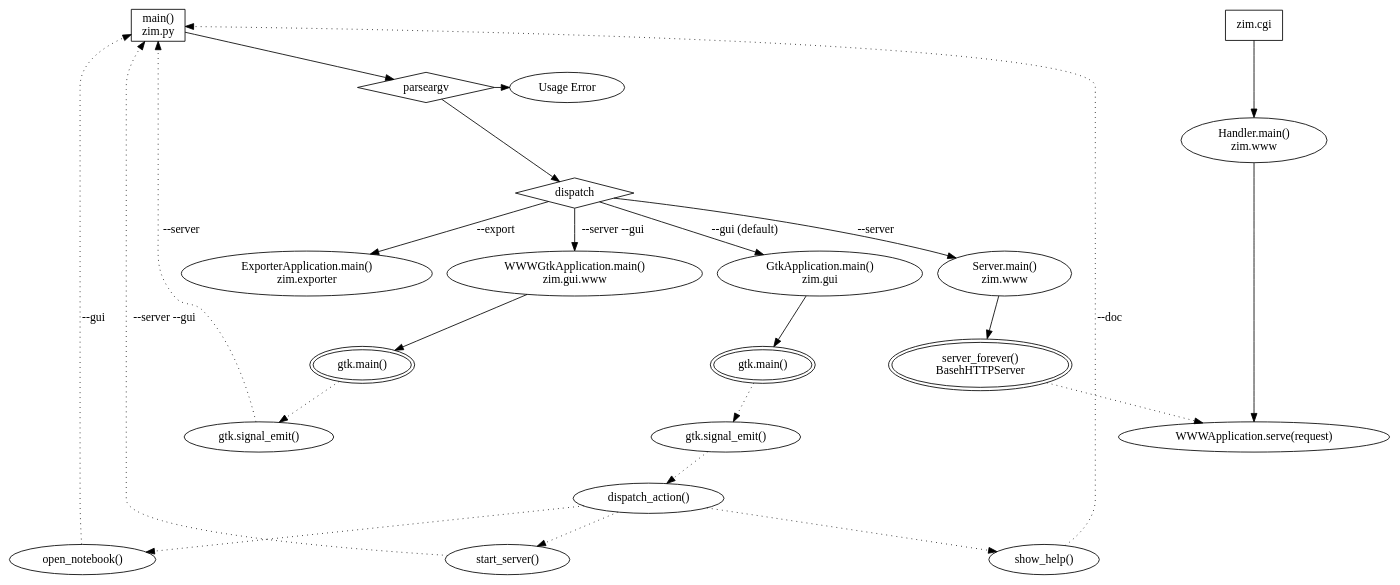
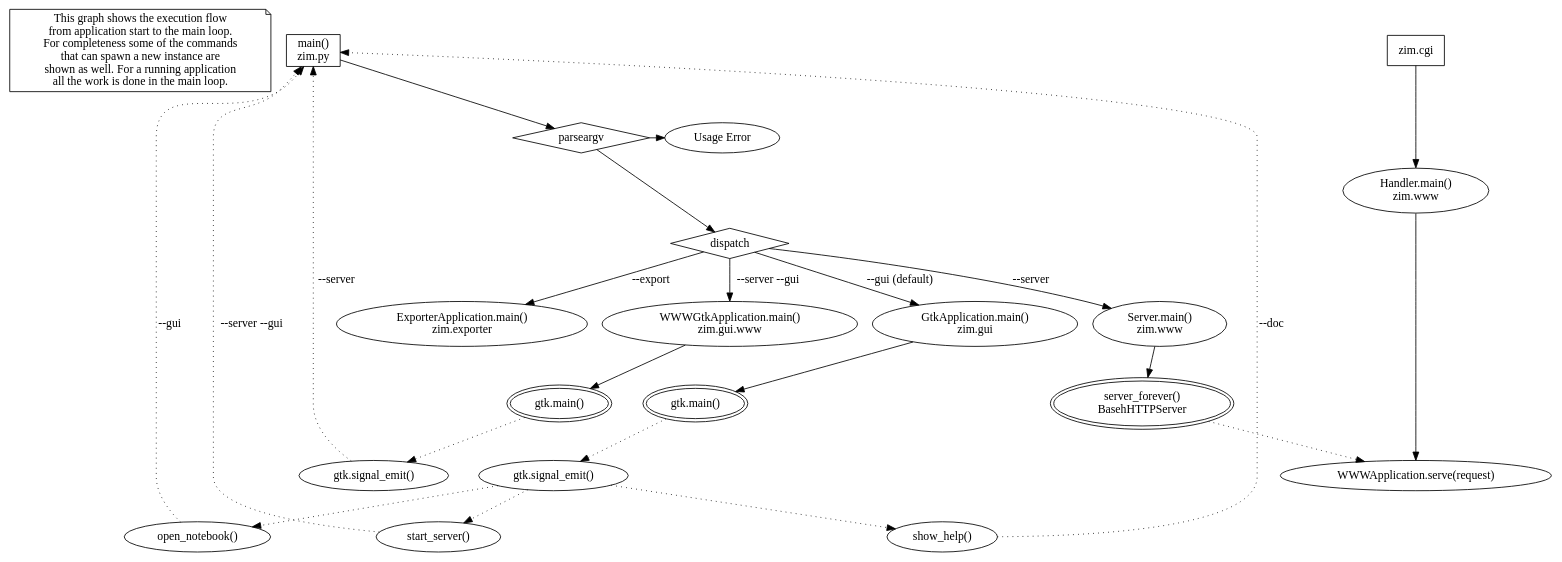
One commit to zim-desktop-wiki/zim-desktop-wiki changed the diagram in dev/application_flow.dot. Above: the diagram before and after it, drawn with Graphviz. The commit also changed 12 other files, not shown here.

```diff
--- a/dev/application_flow.dot
+++ b/dev/application_flow.dot
@@ -1,55 +1,57 @@
 digraph g {
+	/* comment */
+	comment [ label="This graph shows the execution flow\nfrom application start to the main loop.\nFor completeness some of the commands\nthat can spawn a new instance are\nshown as well. For a running application\nall the work is done in the main loop." shape=note]
+
 	/* starting points */
 	main [ label="main()\nzim.py" shape = box]
 	cgibin [label = "zim.cgi" shape = box]
 	{ rank=same; main; cgibin }
 
 	parseargv [ lable = "parse argv" shape = diamond ]
 	dispatch [ shape = diamond ]
 	usageerror [label = "Usage Error" ]
 
 	/* main loops */
 	gtkmain [label = "gtk.main()" peripheries = 2]
 	gtkmain1 [label = "gtk.main()" peripheries = 2]
 	wwwloop [ label = "server_forever()\nBasehHTTPServer" peripheries = 2]
 	{ rank=same; gtkmain; gtkmain1; wwwloop }
 
 	/* other steps */
 	guimain [label = "GtkApplication.main()\nzim.gui"]
 	gtksignal [label ="gtk.signal_emit()" ]
 	gtksignal1 [label ="gtk.signal_emit()" ]
 	wwwmain [ label = "Server.main()\nzim.www" ]
 	wwwserve [ label = "WWWApplication.serve(request)"]
 	exporter [ label = "ExporterApplication.main()\nzim.exporter"]
 	wwwguimain [ label = "WWWGtkApplication.main()\nzim.gui.www"]
 	wwwcgi [label = "Handler.main()\nzim.www" ]
 
 	/* primary flow from start to main loop */
 	main -> parseargv
 	parseargv -> dispatch
 	parseargv -> usageerror [minlen = 0]
 	dispatch -> guimain [label="--gui (default)"]
 	dispatch -> wwwmain [label="--server"]
 	dispatch -> exporter [label="--export"]
 	dispatch -> wwwguimain [label="--server --gui"]
 	guimain -> gtkmain
 	wwwmain -> wwwloop
 	wwwguimain -> gtkmain1
 
 	/* flow cgi-bin */
 	cgibin -> wwwcgi
 	wwwcgi -> wwwserve
 
 	/* actions spawned by main loop */
 	gtkmain -> gtksignal [style = dotted]
-	gtksignal -> "dispatch_action()" [style = dotted]
-	"dispatch_action()" -> "open_notebook()" [style = dotted]
+	gtksignal -> "open_notebook()" [style = dotted]
 	"open_notebook()" -> main [style = dotted label ="--gui"]
-	"dispatch_action()" -> "start_server()" [style = dotted]
+	gtksignal -> "start_server()" [style = dotted]
 	"start_server()" -> main [style = dotted label ="--server --gui"]
-	"dispatch_action()" -> "show_help()" [style = dotted]
+	gtksignal -> "show_help()" [style = dotted]
 	"show_help()" -> main [style = dotted label ="--doc"]
 	wwwloop -> wwwserve [style = dotted]
 	gtkmain1 -> gtksignal1 [style = dotted]
 	gtksignal1 -> main [style = dotted label="--server"]
 }
```
